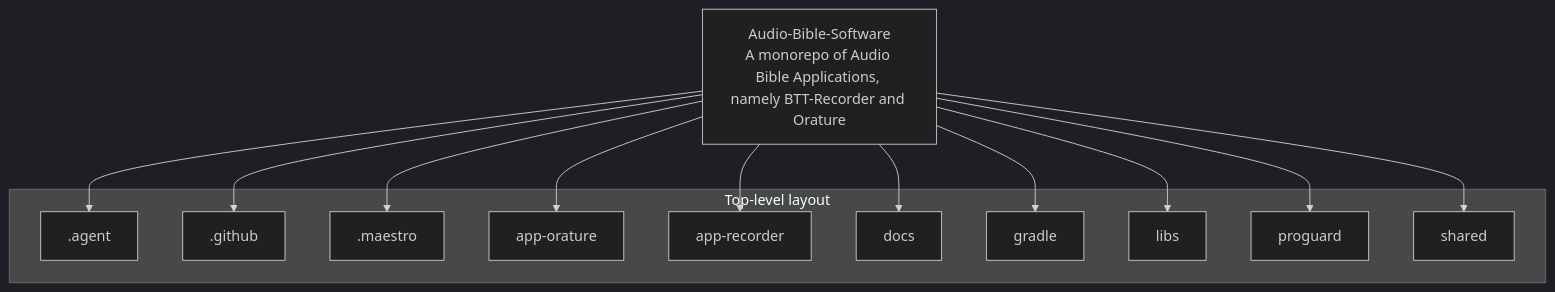
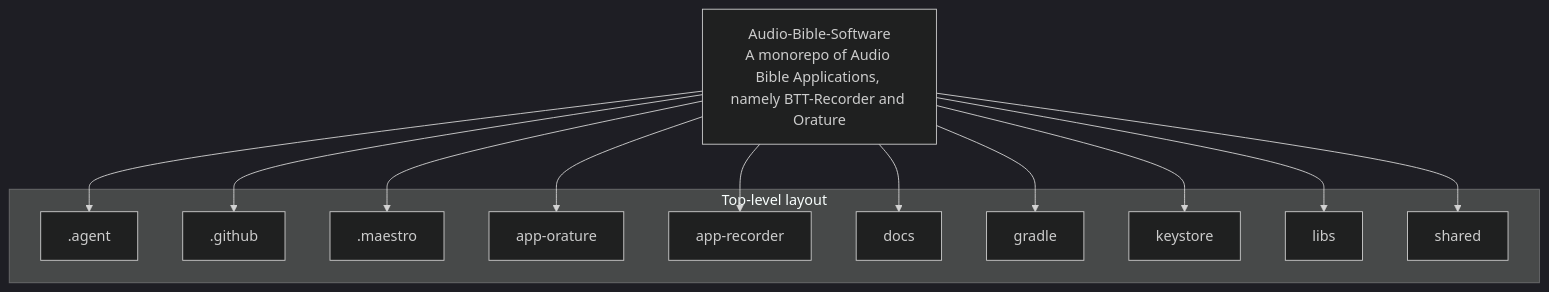
One commit to AnonymousWalker/project-repos-diagram changed the second of 3 diagrams in architecture/Bible-Translation-Tools/Audio-Bible-Software-architecture.md. Above: the diagram before and after it, drawn with Mermaid (dark theme). The commit also changed other lines of this file and 4 other files, not shown here.

Commit message:
chore: refresh architecture diagrams

````diff
--- a/architecture/Bible-Translation-Tools/Audio-Bible-Software-architecture.md
+++ b/architecture/Bible-Translation-Tools/Audio-Bible-Software-architecture.md
@@ -48,28 +48,28 @@
 ```mermaid
 flowchart TB
   Root["Audio-Bible-Software<br/>A monorepo of Audio Bible Applications, namely BTT-Recorder and Orature"]
 
   subgraph structure["Top-level layout"]
     D0[".agent"]
     D1[".github"]
     D2[".maestro"]
     D3["app-orature"]
     D4["app-recorder"]
     D5["docs"]
     D6["gradle"]
-    D7["libs"]
-    D8["proguard"]
+    D7["keystore"]
+    D8["libs"]
     D9["shared"]
   end
 
   Root --> D0
   Root --> D1
   Root --> D2
   Root --> D3
   Root --> D4
   Root --> D5
   Root --> D6
   Root --> D7
   Root --> D8
   Root --> D9
 ```
````
